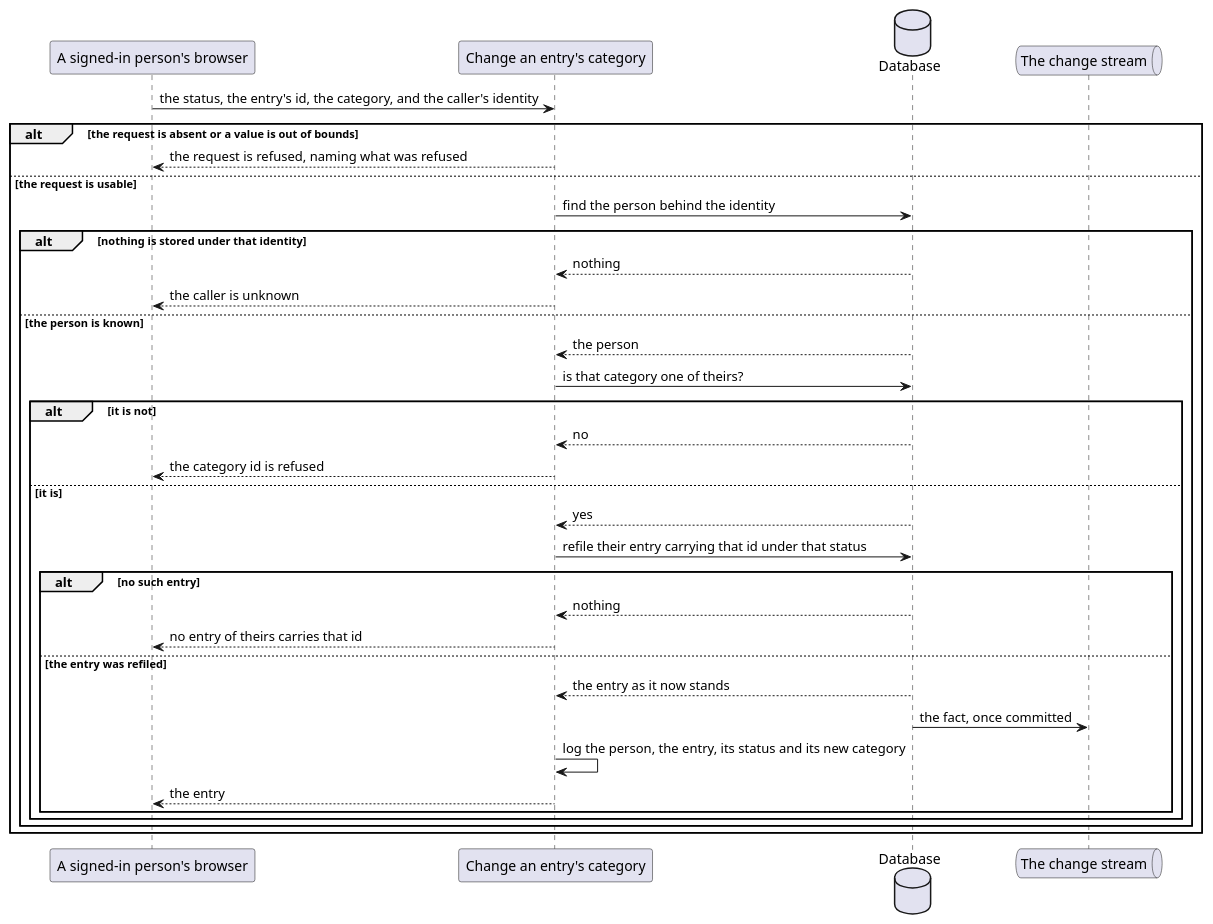
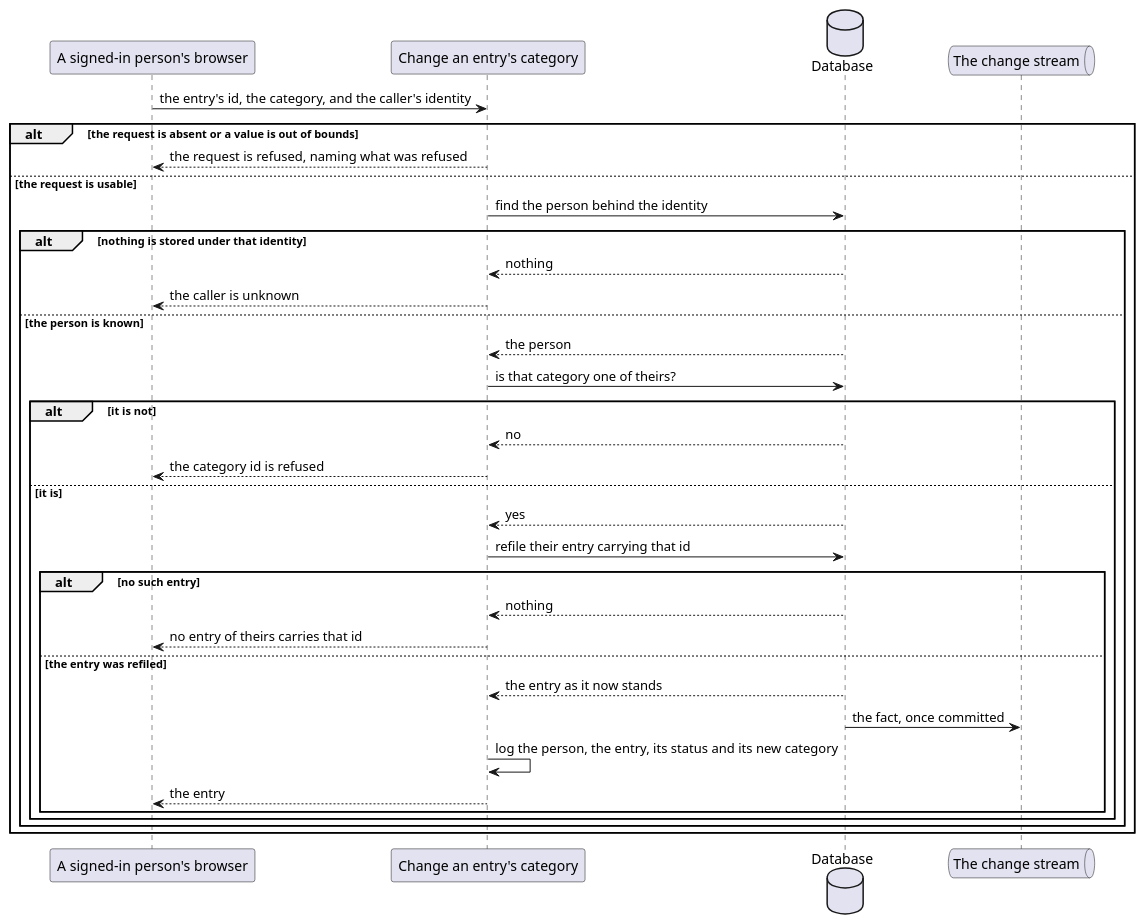
The second of 2 diagrams in ledger-service/docs/usecases/change-an-expense-category.md (ds-usova/finance-bot), drawn with PlantUML before and after one commit. The commit also changed other lines of this file, not shown here.

Commit message:
Documentation: drop the retired status parameter from change-an-expense-category's use-case page

````diff
--- a/ledger-service/docs/usecases/change-an-expense-category.md
+++ b/ledger-service/docs/usecases/change-an-expense-category.md
@@ -95,39 +94,39 @@
 ```plantuml
 @startuml ChangeAnExpenseCategory-Sequence
 participant "A signed-in person's browser" as Web
 participant "Change an entry's category" as UC
 database "Database" as DB
 queue "The change stream" as Stream
 
-Web -> UC : the status, the entry's id, the category, and the caller's identity
+Web -> UC : the entry's id, the category, and the caller's identity
 
 alt the request is absent or a value is out of bounds
   UC --> Web : the request is refused, naming what was refused
 else the request is usable
   UC -> DB : find the person behind the identity
   alt nothing is stored under that identity
     DB --> UC : nothing
     UC --> Web : the caller is unknown
   else the person is known
     DB --> UC : the person
     UC -> DB : is that category one of theirs?
     alt it is not
       DB --> UC : no
       UC --> Web : the category id is refused
     else it is
       DB --> UC : yes
-      UC -> DB : refile their entry carrying that id under that status
+      UC -> DB : refile their entry carrying that id
       alt no such entry
         DB --> UC : nothing
         UC --> Web : no entry of theirs carries that id
       else the entry was refiled
         DB --> UC : the entry as it now stands
         DB -> Stream : the fact, once committed
         UC -> UC : log the person, the entry, its status and its new category
         UC --> Web : the entry
       end
     end
   end
 end
 @enduml
 ```
````
